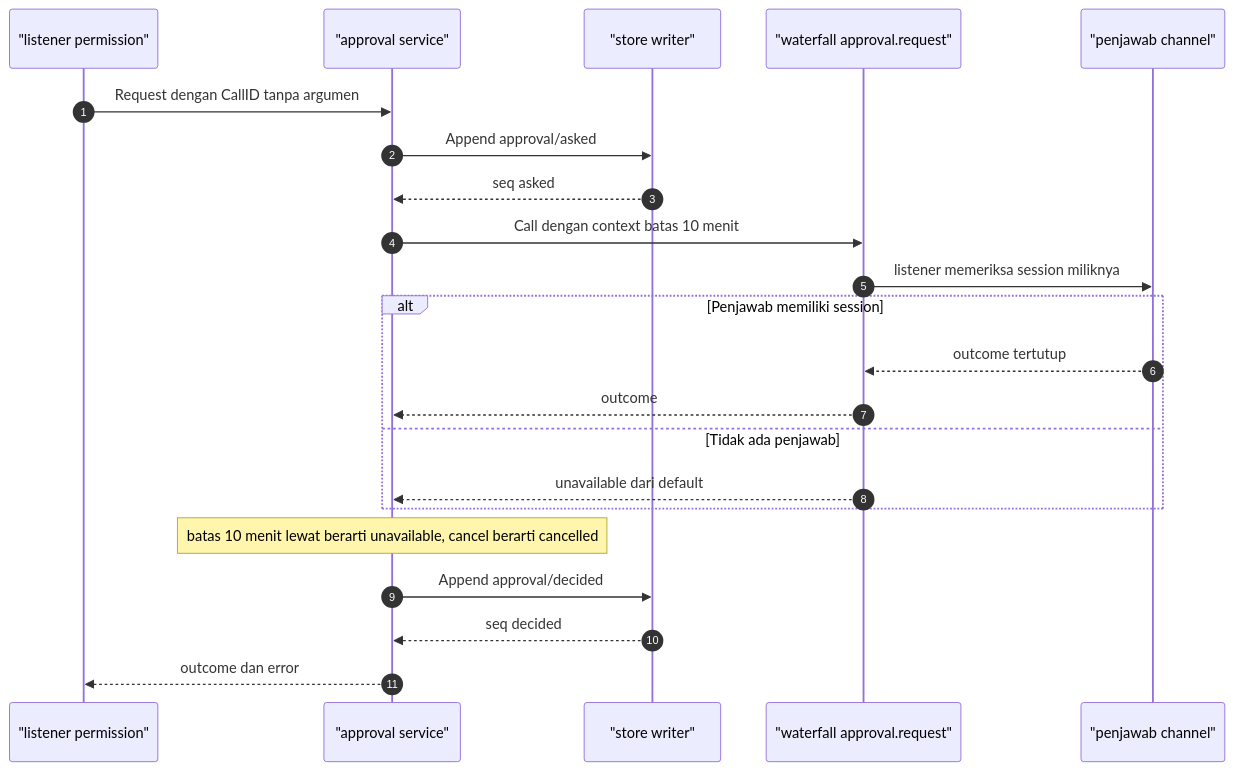
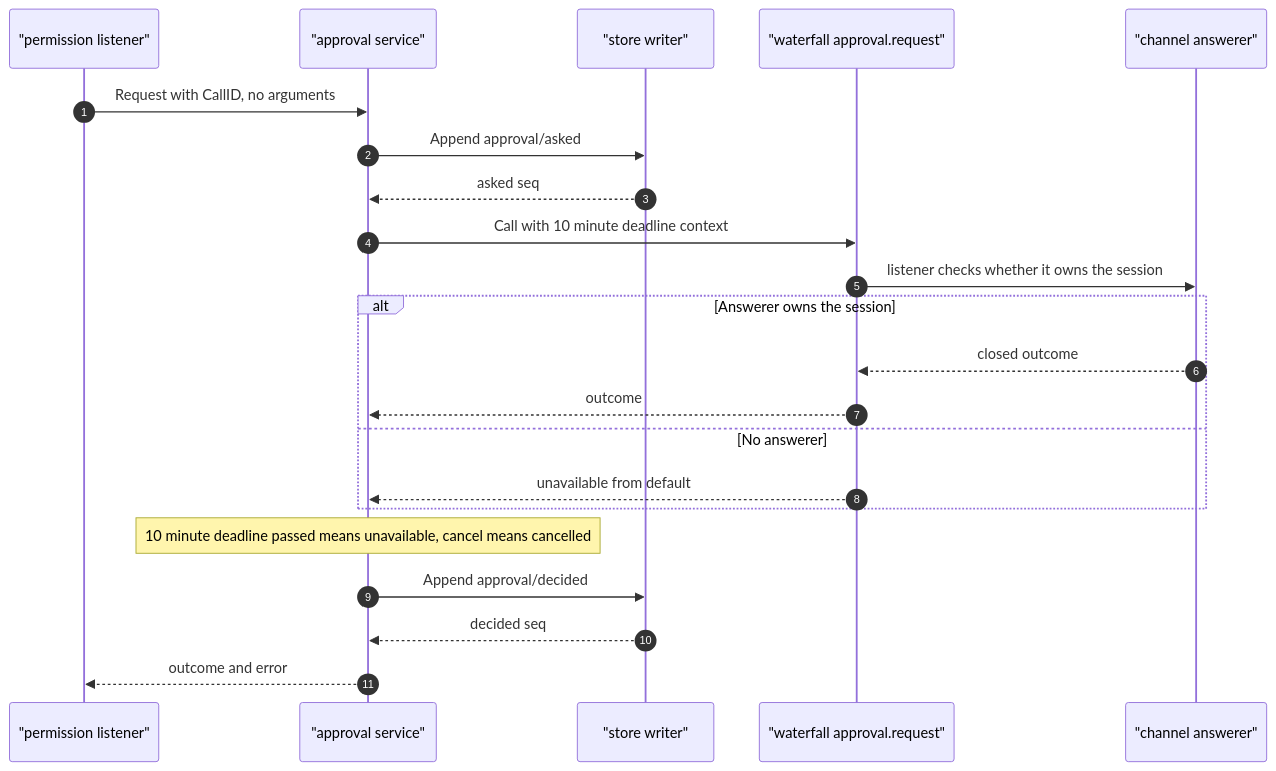
One commit to ridhomujizat/lana-harness changed the sixth of 6 diagrams in docs/specs/4-session-permission/design.md. Above: the diagram before and after it, drawn with Mermaid. The commit also changed other lines of this file and 172 other files, not shown here.

````diff
--- a/docs/specs/4-session-permission/design.md
+++ b/docs/specs/4-session-permission/design.md
@@ -136,24 +136,24 @@
 ```mermaid
 sequenceDiagram
   autonumber
-  participant Perm as "listener permission"
+  participant Perm as "permission listener"
   participant Appr as "approval service"
   participant Log as "store writer"
   participant Chain as "waterfall approval.request"
-  participant Ans as "penjawab channel"
-  Perm->>Appr: Request dengan CallID tanpa argumen
+  participant Ans as "channel answerer"
+  Perm->>Appr: Request with CallID, no arguments
   Appr->>Log: Append approval/asked
-  Log-->>Appr: seq asked
-  Appr->>Chain: Call dengan context batas 10 menit
-  Chain->>Ans: listener memeriksa session miliknya
-  alt Penjawab memiliki session
-    Ans-->>Chain: outcome tertutup
+  Log-->>Appr: asked seq
+  Appr->>Chain: Call with 10 minute deadline context
+  Chain->>Ans: listener checks whether it owns the session
+  alt Answerer owns the session
+    Ans-->>Chain: closed outcome
     Chain-->>Appr: outcome
-  else Tidak ada penjawab
-    Chain-->>Appr: unavailable dari default
+  else No answerer
+    Chain-->>Appr: unavailable from default
   end
-  Note over Appr: batas 10 menit lewat berarti unavailable, cancel berarti cancelled
+  Note over Appr: 10 minute deadline passed means unavailable, cancel means cancelled
   Appr->>Log: Append approval/decided
-  Log-->>Appr: seq decided
-  Appr-->>Perm: outcome dan error
+  Log-->>Appr: decided seq
+  Appr-->>Perm: outcome and error
 ```
````
